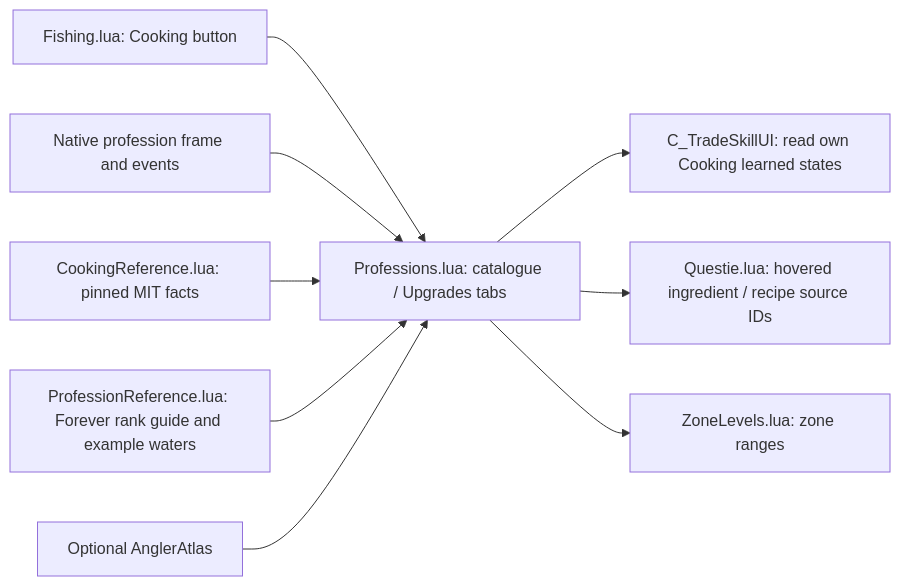
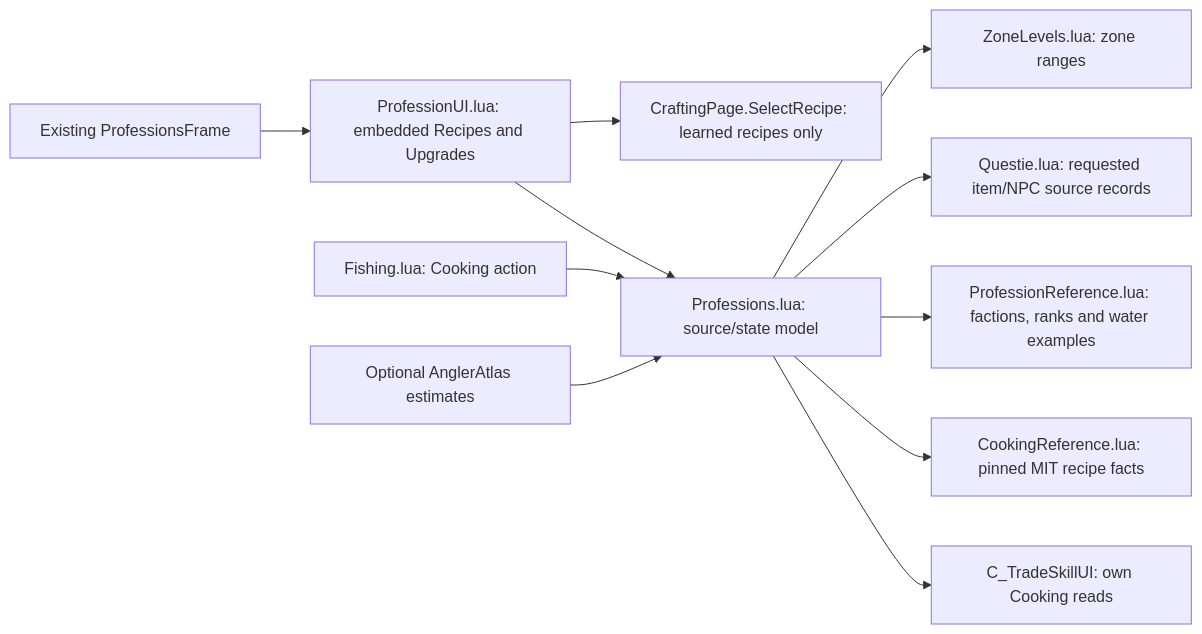
One commit to YodaGitMaster/QuestSharing changed the first of 27 diagrams in context/architecture.md. Above: the diagram before and after it, drawn with Mermaid. The commit also changed other lines of this file and 47 other files, not shown here.

````diff
--- a/context/architecture.md
+++ b/context/architecture.md
@@ -147,11 +160,13 @@
 ```mermaid
 flowchart LR
-    Fishing[Fishing.lua: Cooking button] --> Professions[Professions.lua: catalogue / Upgrades tabs]
-    Native[Native profession frame and events] --> Professions
-    Cooking[CookingReference.lua: pinned MIT facts] --> Professions
-    Ranks[ProfessionReference.lua: Forever rank guide and example waters] --> Professions
-    Professions --> API[C_TradeSkillUI: read own Cooking learned states]
-    Professions --> Sources[Questie.lua: hovered ingredient / recipe source IDs]
-    Professions --> Levels[ZoneLevels.lua: zone ranges]
-    Atlas[Optional AnglerAtlas] --> Professions
+    Native[Existing ProfessionsFrame] --> UI[ProfessionUI.lua: embedded Recipes and Upgrades]
+    Fishing[Fishing.lua: Cooking action] --> Model[Professions.lua: source/state model]
+    UI --> Model
+    Model --> API[C_TradeSkillUI: own Cooking reads]
+    UI --> Craft[CraftingPage.SelectRecipe: learned recipes only]
+    Model --> Cooking[CookingReference.lua: pinned MIT recipe facts]
+    Model --> Ranks[ProfessionReference.lua: factions, ranks and water examples]
+    Model --> Sources[Questie.lua: requested item/NPC source records]
+    Model --> Levels[ZoneLevels.lua: zone ranges]
+    Atlas[Optional AnglerAtlas estimates] --> Model
 ```
````
